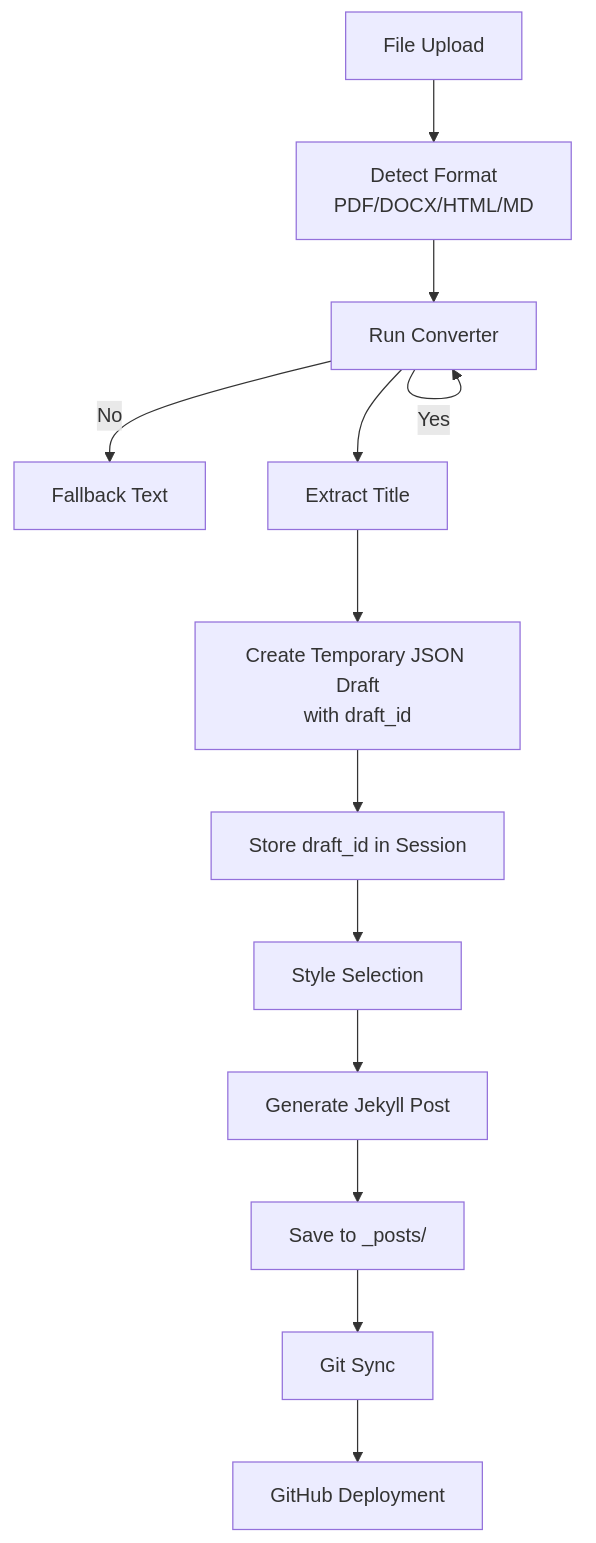
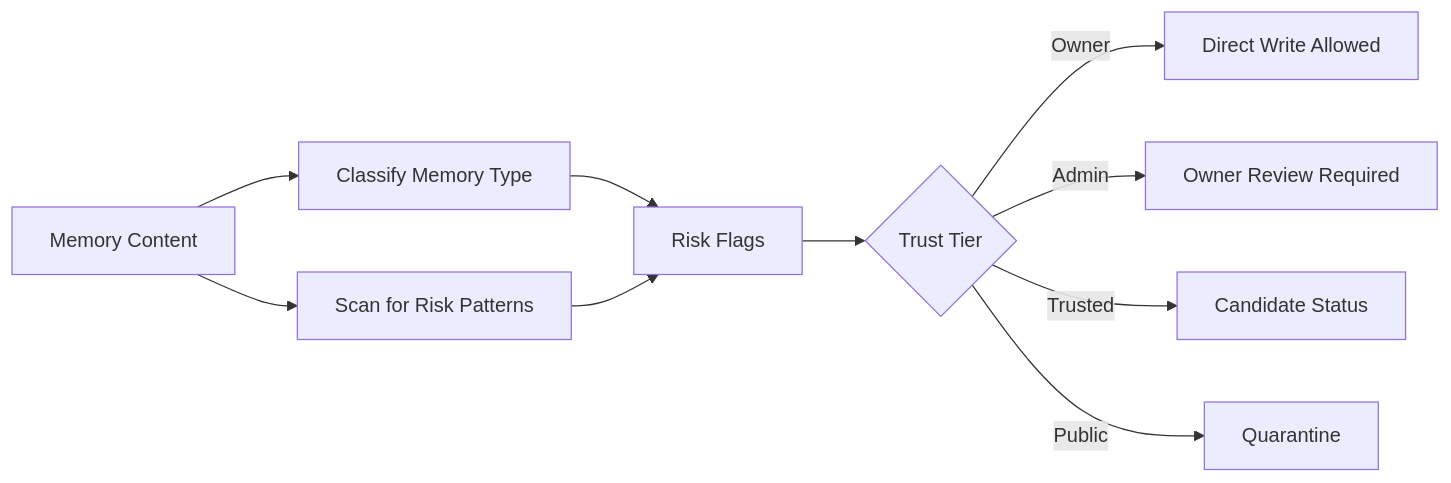
Before and after one commit to PolarisW007/PolaZhenJing: the seventh of 10 diagrams in .qoder/repowiki/en/content/Backend Application/Application Architecture/Application Architecture.md, drawn with Mermaid. The commit also changed other lines of this file and 333 other files, not shown here.

````diff
--- a/.qoder/repowiki/en/content/Backend Application/Application Architecture/Application Architecture.md
+++ b/.qoder/repowiki/en/content/Backend Application/Application Architecture/Application Architecture.md
@@ -241,15 +306,12 @@
 ```mermaid
-flowchart TD
-Upload["File Upload"] --> Detect["Detect Format<br/>PDF/DOCX/HTML/MD"]
-Detect --> Convert{"Conversion Available?"}
-Convert --> |Yes| Convert["Run Converter"]
-Convert --> |No| Fallback["Fallback Text"]
-Convert --> Title["Extract Title"]
-Title --> Draft["Create Temporary JSON Draft<br/>with draft_id"]
-Draft --> Session["Store draft_id in Session"]
-Session --> Style["Style Selection"]
-Style --> Generate["Generate Jekyll Post"]
-Generate --> Save["Save to _posts/"]
-Save --> Sync["Git Sync"]
-Sync --> Deploy["GitHub Deployment"]
+flowchart LR
+Input["Memory Content"] --> Classify["Classify Memory Type"]
+Input --> Scan["Scan for Risk Patterns"]
+Classify --> RiskFlags["Risk Flags"]
+Scan --> RiskFlags
+RiskFlags --> TrustTier{"Trust Tier"}
+TrustTier --> |Owner| DirectWrite["Direct Write Allowed"]
+TrustTier --> |Admin| OwnerReview["Owner Review Required"]
+TrustTier --> |Trusted| Candidate["Candidate Status"]
+TrustTier --> |Public| Quarantine["Quarantine"]
 ```
````
